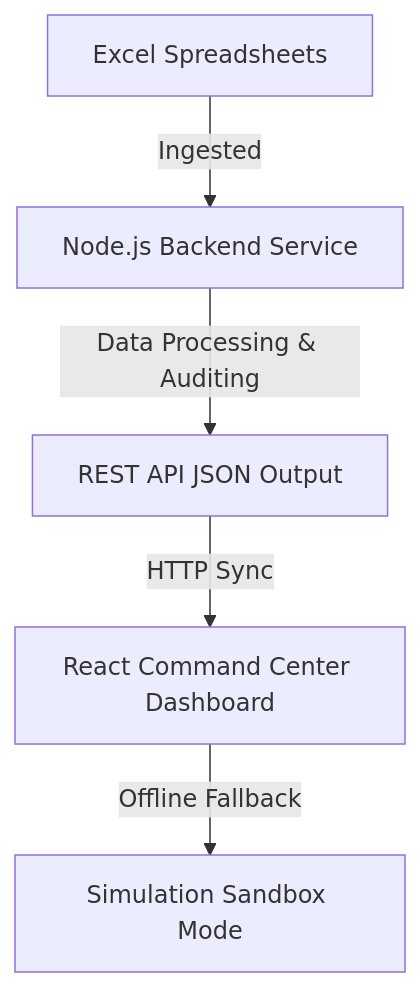
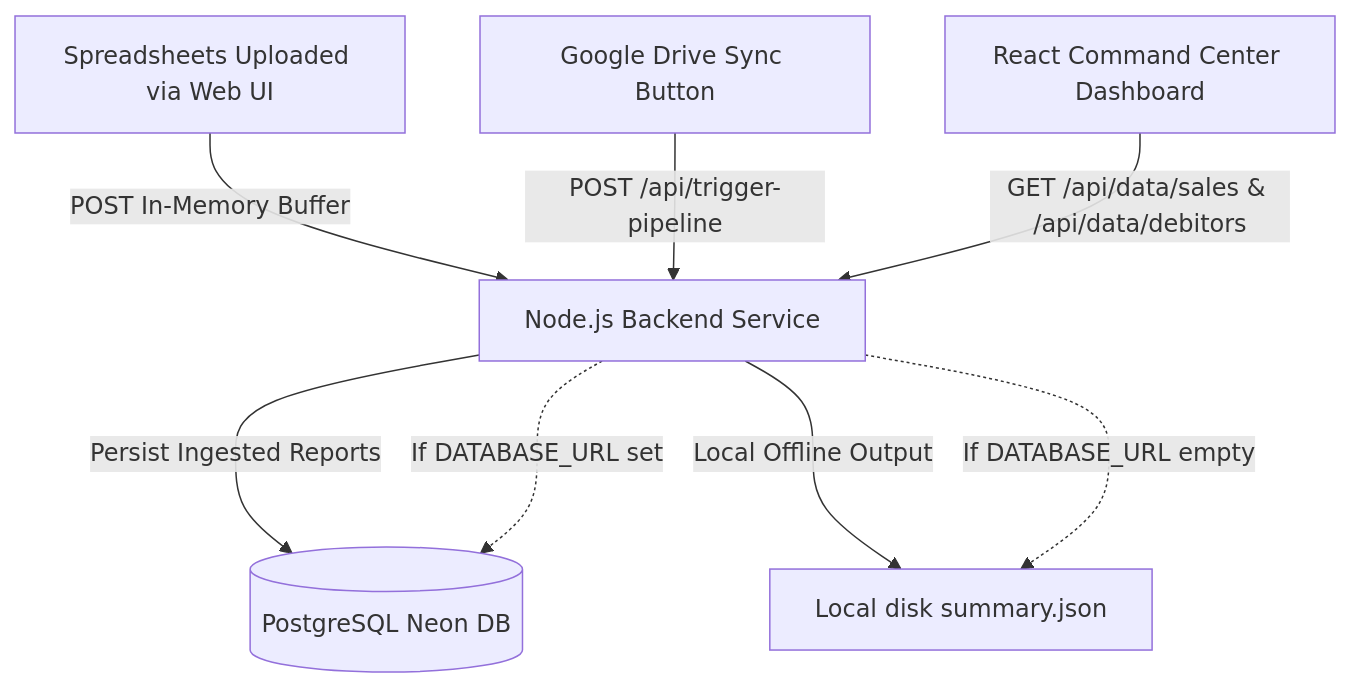
The diagram in web/README.md (ramsaoji/Ai-Accounting-Automation), drawn with Mermaid before and after one commit. The commit also changed other lines of this file and 39 other files, not shown here.

````diff
--- a/web/README.md
+++ b/web/README.md
@@ -13,7 +13,10 @@
 ```mermaid
 graph TD
-    Excel[Excel Spreadsheets] -->|Ingested| Node[Node.js Backend Service]
-    Node -->|Data Processing & Auditing| JSON[REST API JSON Output]
-    JSON -->|HTTP Sync| ReactApp[React Command Center Dashboard]
-    ReactApp -->|Offline Fallback| Simulation[Simulation Sandbox Mode]
+    UserUpload[Spreadsheets Uploaded via Web UI] -->|POST In-Memory Buffer| Node[Node.js Backend Service]
+    DriveSync[Google Drive Sync Button] -->|POST /api/trigger-pipeline| Node
+    Node -->|Persist Ingested Reports| NeonDB[(PostgreSQL Neon DB)]
+    Node -->|Local Offline Output| Disk[Local disk summary.json]
+    ReactApp[React Command Center Dashboard] -->|GET /api/data/sales & /api/data/debitors| Node
+    Node -..->|If DATABASE_URL set| NeonDB
+    Node -..->|If DATABASE_URL empty| Disk
 ```
````
